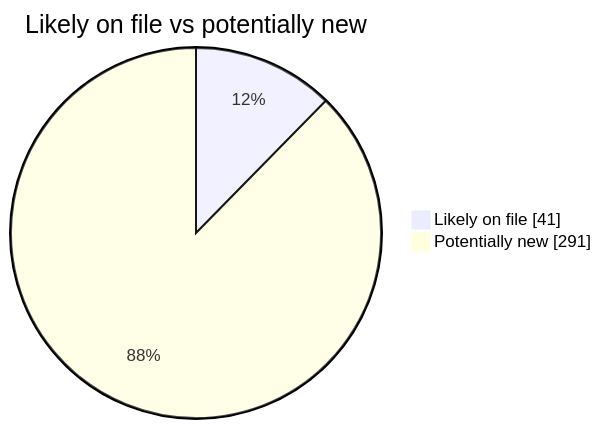
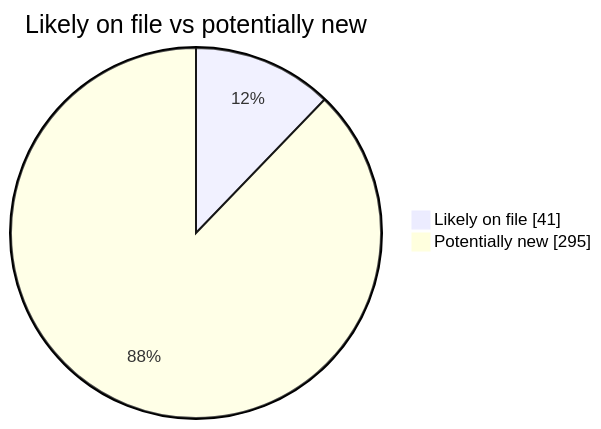
One commit to martinbalfanz/social-scanner-reports changed the second of 4 diagrams in README.md. Above: the diagram before and after it, drawn with Mermaid. The commit also changed other lines of this file and 2 other files, not shown here.

````diff
--- a/README.md
+++ b/README.md
@@ -40,5 +40,5 @@
 ```mermaid
 pie showData title Likely on file vs potentially new
     "Likely on file" : 41
-    "Potentially new" : 291
+    "Potentially new" : 295
 ```
````
